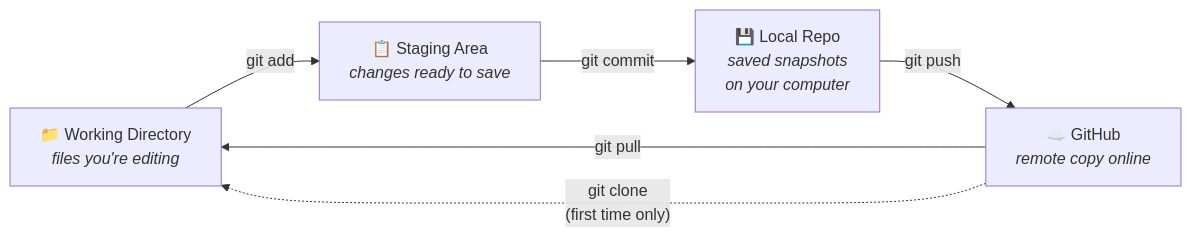
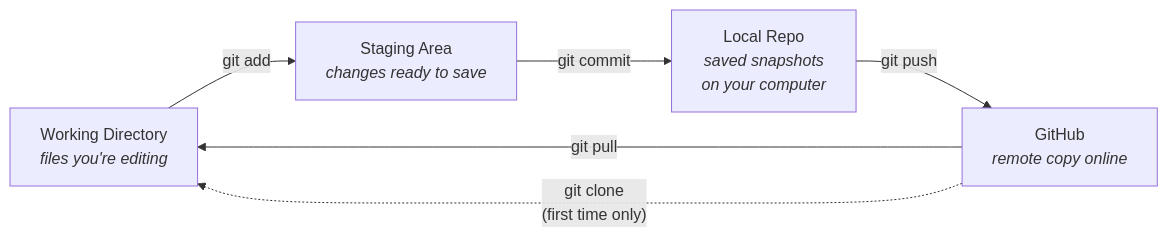
Before and after one commit to anasp07-hue/Github-Guide: the diagram in info-vault/01-what-is-git-and-github.md, drawn with Mermaid. The commit also changed other lines of this file and 7 other files, not shown here.

````diff
--- a/info-vault/01-what-is-git-and-github.md
+++ b/info-vault/01-what-is-git-and-github.md
@@ -41,13 +41,13 @@
 ```mermaid
 flowchart LR
-    WD["📁 Working Directory<br/><i>files you're editing</i>"]
-    SA["📋 Staging Area<br/><i>changes ready to save</i>"]
-    LR["💾 Local Repo<br/><i>saved snapshots<br/>on your computer</i>"]
-    RR["☁️ GitHub<br/><i>remote copy online</i>"]
+    WD["Working Directory<br/><i>files you're editing</i>"]
+    SA["Staging Area<br/><i>changes ready to save</i>"]
+    LR["Local Repo<br/><i>saved snapshots<br/>on your computer</i>"]
+    RR["GitHub<br/><i>remote copy online</i>"]
 
     WD -- "git add" --> SA
     SA -- "git commit" --> LR
     LR -- "git push" --> RR
     RR -- "git pull" --> WD
     RR -. "git clone<br/>(first time only)" .-> WD
 ```
````
